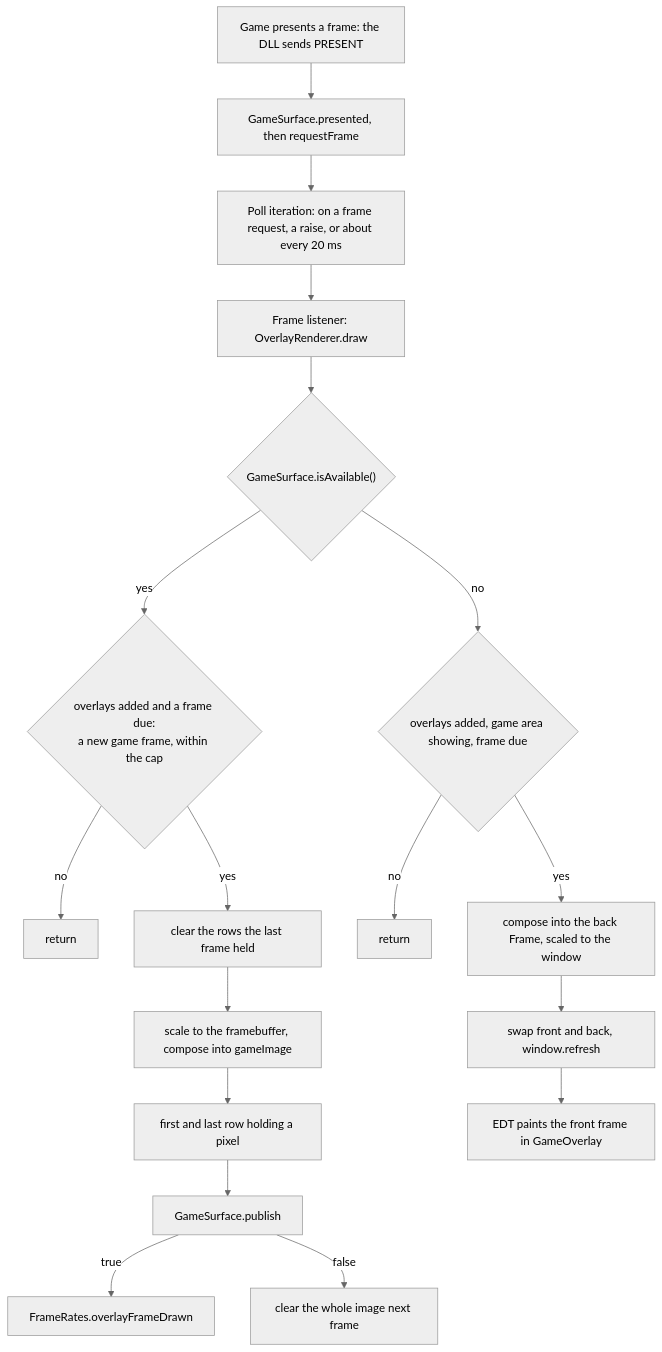
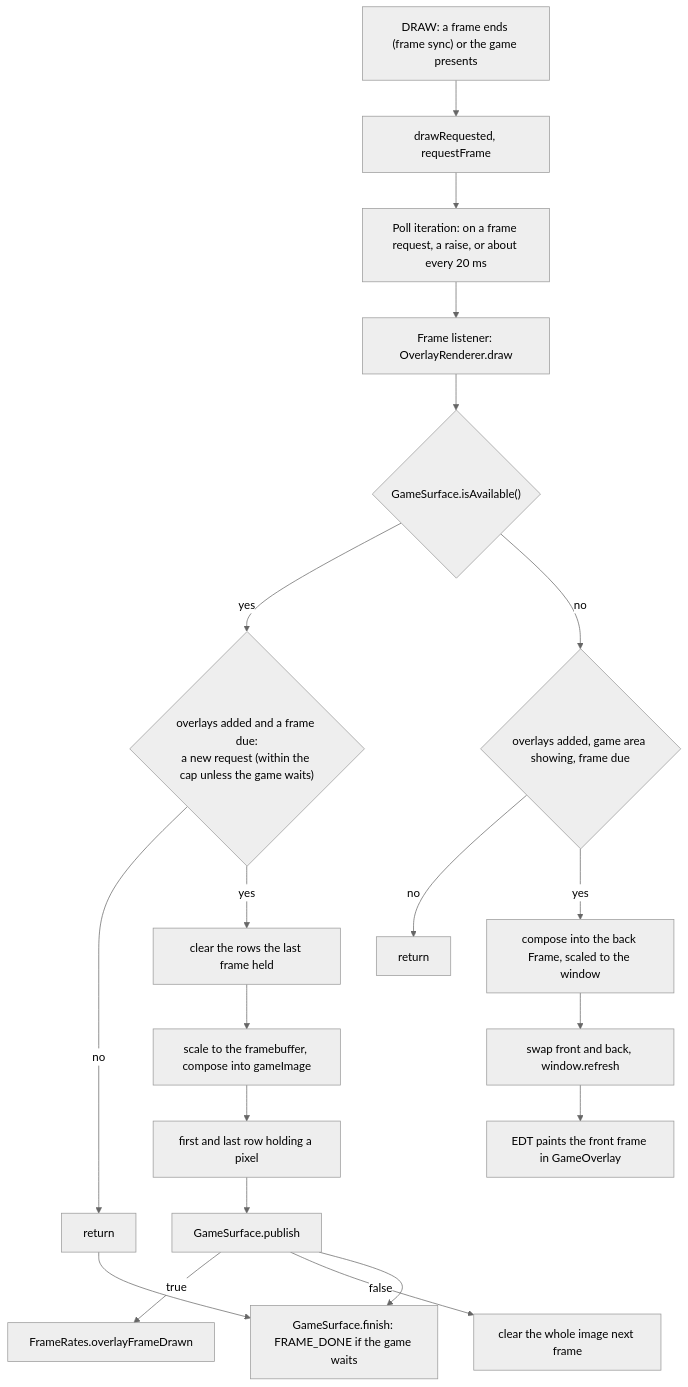
Before and after one commit to Kraken-Plugins/kraken-native: the fourth of 8 diagrams in docs/developer/in-game-drawing.md, drawn with Mermaid (neutral theme). The commit also changed other lines of this file and 29 other files, not shown here.

Commit message:
fix(overlay): sync overlays with game frames

````diff
--- a/docs/developer/in-game-drawing.md
+++ b/docs/developer/in-game-drawing.md
@@ -320,20 +326,22 @@
 ```mermaid
 flowchart TD
-    present["Game presents a frame: the DLL sends PRESENT"] --> presented["GameSurface.presented, then requestFrame"]
-    presented --> poll
+    draw["DRAW: a frame ends (frame sync) or the game presents"] --> requested["drawRequested, requestFrame"]
+    requested --> poll
     poll["Poll iteration: on a frame request, a raise, or about every 20 ms"] --> frame["Frame listener: OverlayRenderer.draw"]
     frame --> avail{"GameSurface.isAvailable()"}
-    avail -->|"yes"| due1{"overlays added and a frame due:<br/>a new game frame, within the cap"}
+    avail -->|"yes"| due1{"overlays added and a frame due:<br/>a new request (within the cap unless the game waits)"}
     due1 -->|"no"| stop1["return"]
     due1 -->|"yes"| clear1["clear the rows the last frame held"]
     clear1 --> compose1["scale to the framebuffer, compose into gameImage"]
     compose1 --> bands["first and last row holding a pixel"]
     bands --> publish["GameSurface.publish"]
     publish -->|"true"| counted["FrameRates.overlayFrameDrawn"]
     publish -->|"false"| clearall["clear the whole image next frame"]
     avail -->|"no"| due2{"overlays added, game area showing, frame due"}
     due2 -->|"no"| stop2["return"]
     due2 -->|"yes"| back["compose into the back Frame, scaled to the window"]
     back --> swap["swap front and back, window.refresh"]
     swap --> edt["EDT paints the front frame in GameOverlay"]
+    publish --> finish["GameSurface.finish: FRAME_DONE if the game waits"]
+    stop1 --> finish
 ```
````
